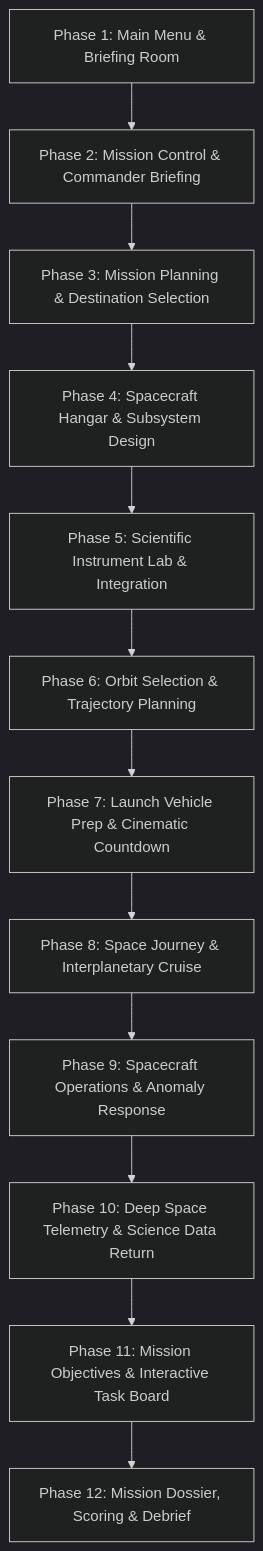
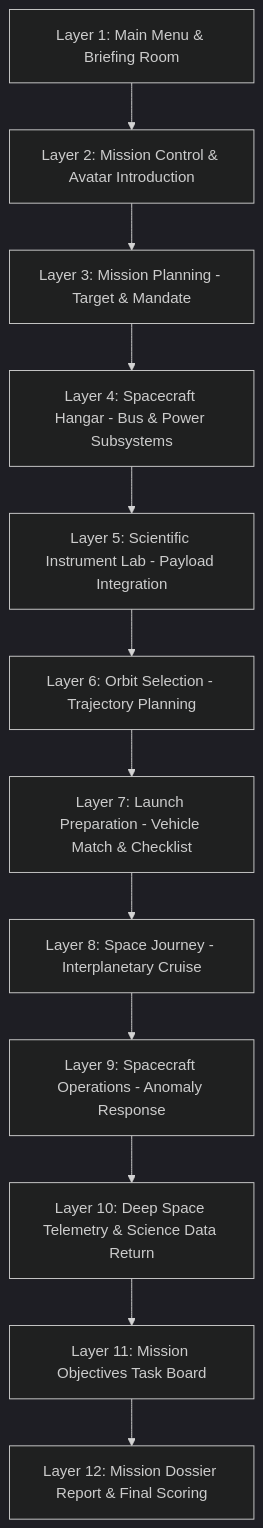
The diagram in docs/PROJECT_BRIEF.md (mohamedkhaledcs/nova-script), drawn with Mermaid (dark theme) before and after one commit. The commit also changed other lines of this file and 14 other files, not shown here.

Commit message:
docs: align Phase 0 documentation with exact JSON data, normalized resources, security and audio architecture

````diff
--- a/docs/PROJECT_BRIEF.md
+++ b/docs/PROJECT_BRIEF.md
@@ -28,14 +33,14 @@
 ```mermaid
 flowchart TD
-    P1[Phase 1: Main Menu & Briefing Room] --> P2[Phase 2: Mission Control & Commander Briefing]
-    P2 --> P3[Phase 3: Mission Planning & Destination Selection]
-    P3 --> P4[Phase 4: Spacecraft Hangar & Subsystem Design]
-    P4 --> P5[Phase 5: Scientific Instrument Lab & Integration]
-    P5 --> P6[Phase 6: Orbit Selection & Trajectory Planning]
-    P6 --> P7[Phase 7: Launch Vehicle Prep & Cinematic Countdown]
-    P7 --> P8[Phase 8: Space Journey & Interplanetary Cruise]
-    P8 --> P9[Phase 9: Spacecraft Operations & Anomaly Response]
-    P9 --> P10[Phase 10: Deep Space Telemetry & Science Data Return]
-    P10 --> P11[Phase 11: Mission Objectives & Interactive Task Board]
-    P11 --> P12[Phase 12: Mission Dossier, Scoring & Debrief]
+    P1[Layer 1: Main Menu & Briefing Room] --> P2[Layer 2: Mission Control & Avatar Introduction]
+    P2 --> P3[Layer 3: Mission Planning - Target & Mandate]
+    P3 --> P4[Layer 4: Spacecraft Hangar - Bus & Power Subsystems]
+    P4 --> P5[Layer 5: Scientific Instrument Lab - Payload Integration]
+    P5 --> P6[Layer 6: Orbit Selection - Trajectory Planning]
+    P6 --> P7[Layer 7: Launch Preparation - Vehicle Match & Checklist]
+    P7 --> P8[Layer 8: Space Journey - Interplanetary Cruise]
+    P8 --> P9[Layer 9: Spacecraft Operations - Anomaly Response]
+    P9 --> P10[Layer 10: Deep Space Telemetry & Science Data Return]
+    P10 --> P11[Layer 11: Mission Objectives Task Board]
+    P11 --> P12[Layer 12: Mission Dossier Report & Final Scoring]
 ```
````
